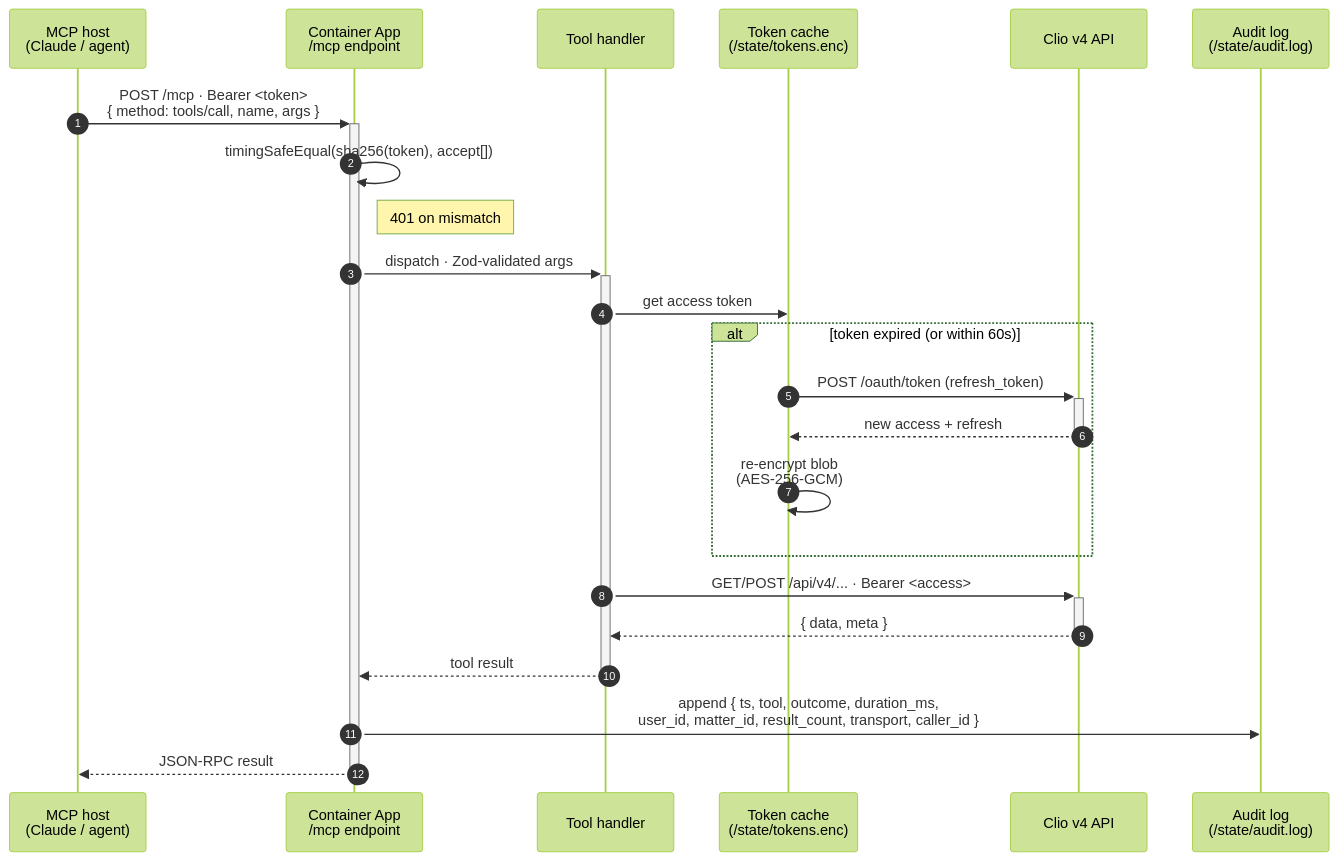
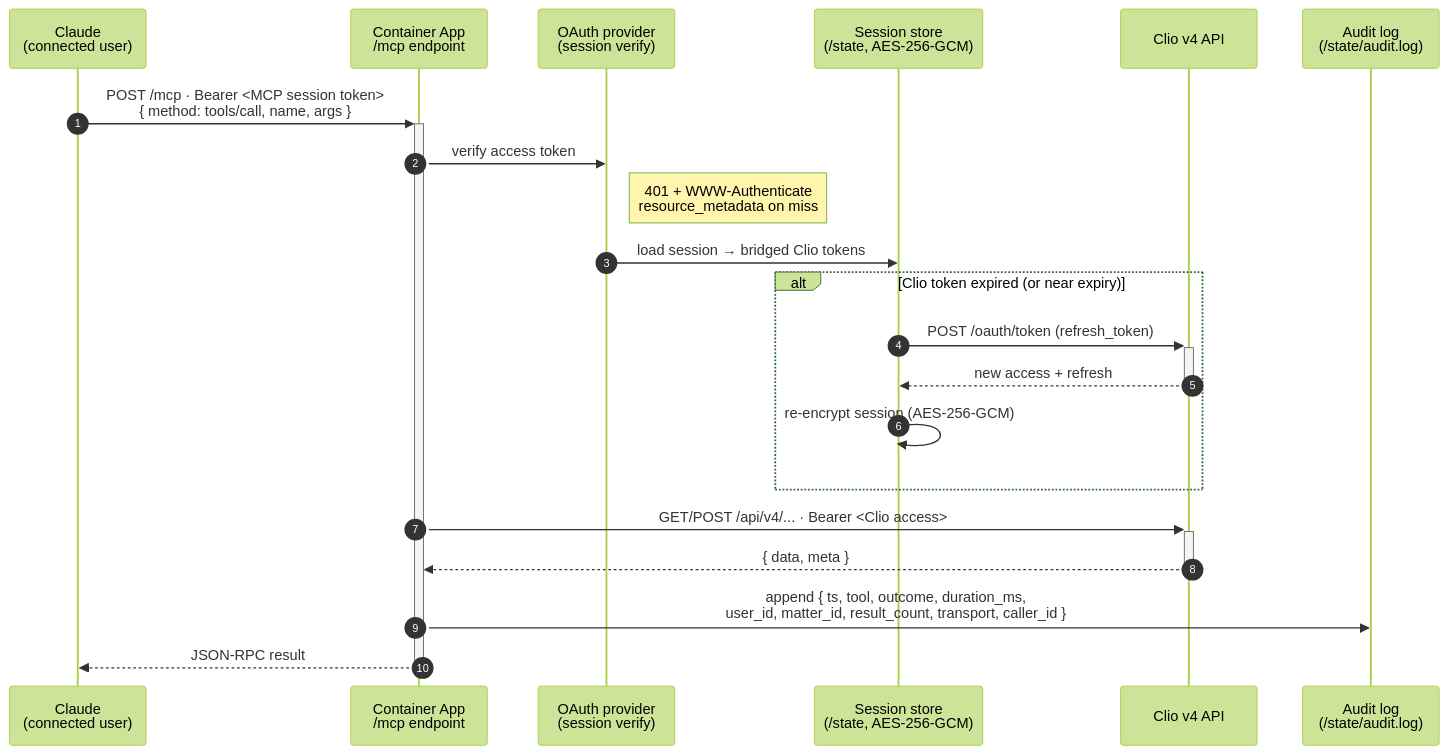
Before and after one commit to patrickking67/clio-manage-mcp: the second of 2 diagrams in README.md, drawn with Mermaid (forest theme). The commit also changed other lines of this file and 5 other files, not shown here.

````diff
--- a/README.md
+++ b/README.md
@@ -202,26 +273,24 @@
 ```mermaid
 sequenceDiagram
   autonumber
-  participant H as MCP host<br/>(Claude / agent)
+  participant H as Claude<br/>(connected user)
   participant S as Container App<br/>/mcp endpoint
-  participant T as Tool handler
-  participant K as Token cache<br/>(/state/tokens.enc)
+  participant V as OAuth provider<br/>(session verify)
+  participant K as Session store<br/>(/state, AES-256-GCM)
   participant C as Clio v4 API
   participant A as Audit log<br/>(/state/audit.log)
 
-  H->>+S: POST /mcp · Bearer <token><br/>{ method: tools/call, name, args }
-  S->>S: timingSafeEqual(sha256(token), accept[])
-  Note right of S: 401 on mismatch
-  S->>+T: dispatch · Zod-validated args
-  T->>K: get access token
-  alt token expired (or within 60s)
+  H->>+S: POST /mcp · Bearer <MCP session token><br/>{ method: tools/call, name, args }
+  S->>V: verify access token
+  Note right of V: 401 + WWW-Authenticate<br/>resource_metadata on miss
+  V->>K: load session → bridged Clio tokens
+  alt Clio token expired (or near expiry)
     K->>+C: POST /oauth/token (refresh_token)
     C-->>-K: new access + refresh
-    K->>K: re-encrypt blob<br/>(AES-256-GCM)
+    K->>K: re-encrypt session (AES-256-GCM)
   end
-  T->>+C: GET/POST /api/v4/... · Bearer <access>
-  C-->>-T: { data, meta }
-  T-->>-S: tool result
+  S->>+C: GET/POST /api/v4/... · Bearer <Clio access>
+  C-->>-S: { data, meta }
   S->>A: append { ts, tool, outcome, duration_ms,<br/>user_id, matter_id, result_count, transport, caller_id }
   S-->>-H: JSON-RPC result
 ```
````
